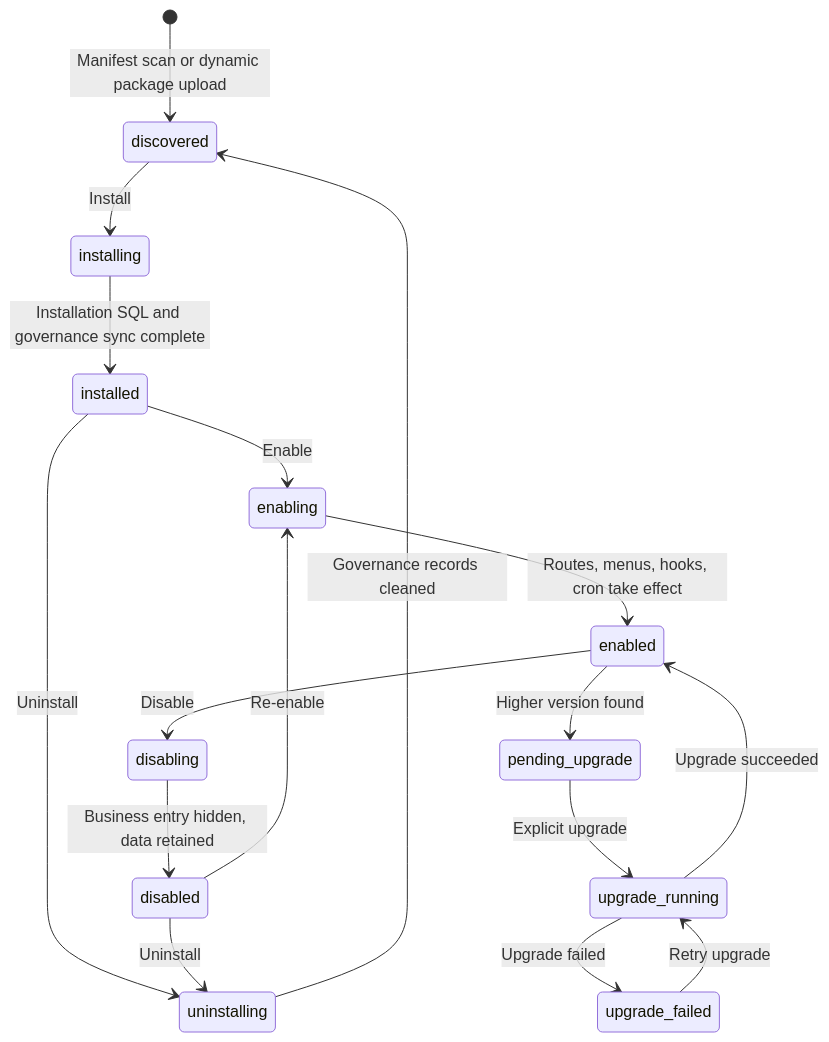
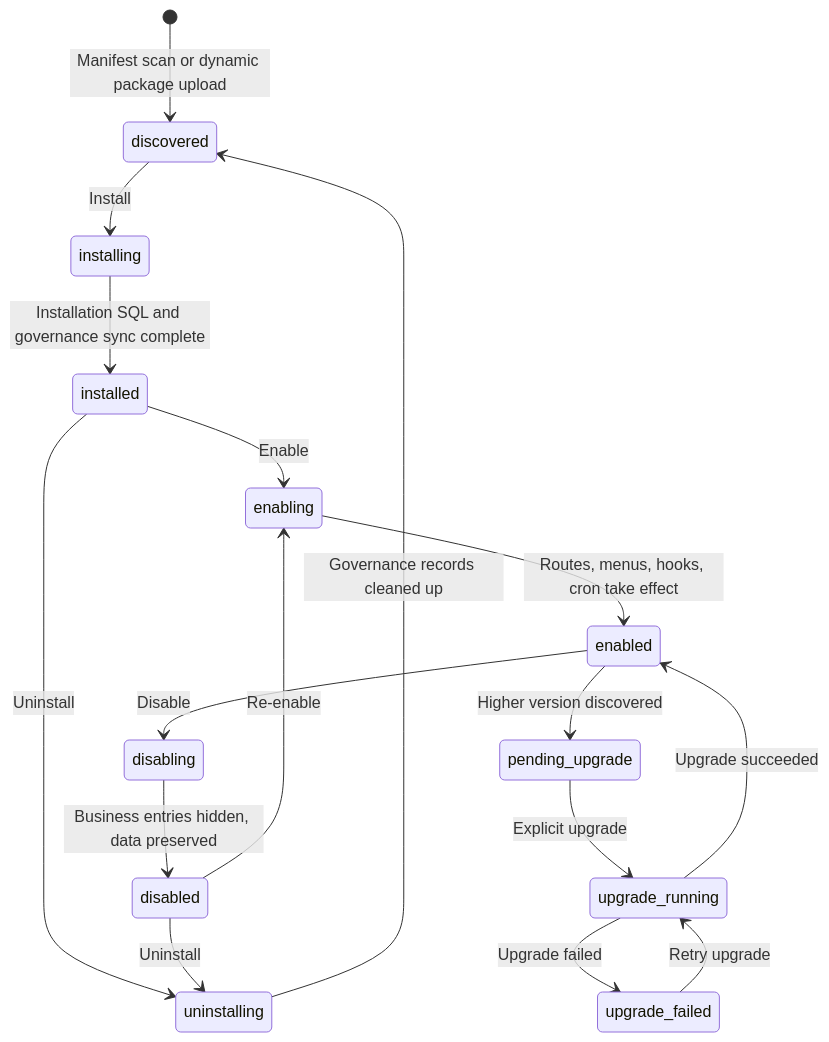
One commit to linaproai/linapro-site changed the second of 2 diagrams in apps/lina-site/i18n/en/docusaurus-plugin-content-docs/current/docs/2000-components/5000-plugin-system/5000-plugin-system.md. Above: the diagram before and after it, drawn with Mermaid. The commit also changed other lines of this file and 138 other files, not shown here.

````diff
--- a/apps/lina-site/i18n/en/docusaurus-plugin-content-docs/current/docs/2000-components/5000-plugin-system/5000-plugin-system.md
+++ b/apps/lina-site/i18n/en/docusaurus-plugin-content-docs/current/docs/2000-components/5000-plugin-system/5000-plugin-system.md
@@ -247,19 +190,19 @@
 ```mermaid
 stateDiagram-v2
     [*] --> discovered: Manifest scan or dynamic package upload
     discovered --> installing: Install
     installing --> installed: Installation SQL and governance sync complete
     installed --> enabling: Enable
     enabling --> enabled: Routes, menus, hooks, cron take effect
     enabled --> disabling: Disable
-    disabling --> disabled: Business entry hidden, data retained
+    disabling --> disabled: Business entries hidden, data preserved
     disabled --> enabling: Re-enable
     installed --> uninstalling: Uninstall
     disabled --> uninstalling: Uninstall
-    uninstalling --> discovered: Governance records cleaned
-    enabled --> pending_upgrade: Higher version found
+    uninstalling --> discovered: Governance records cleaned up
+    enabled --> pending_upgrade: Higher version discovered
     pending_upgrade --> upgrade_running: Explicit upgrade
     upgrade_running --> enabled: Upgrade succeeded
     upgrade_running --> upgrade_failed: Upgrade failed
     upgrade_failed --> upgrade_running: Retry upgrade
 ```
````
